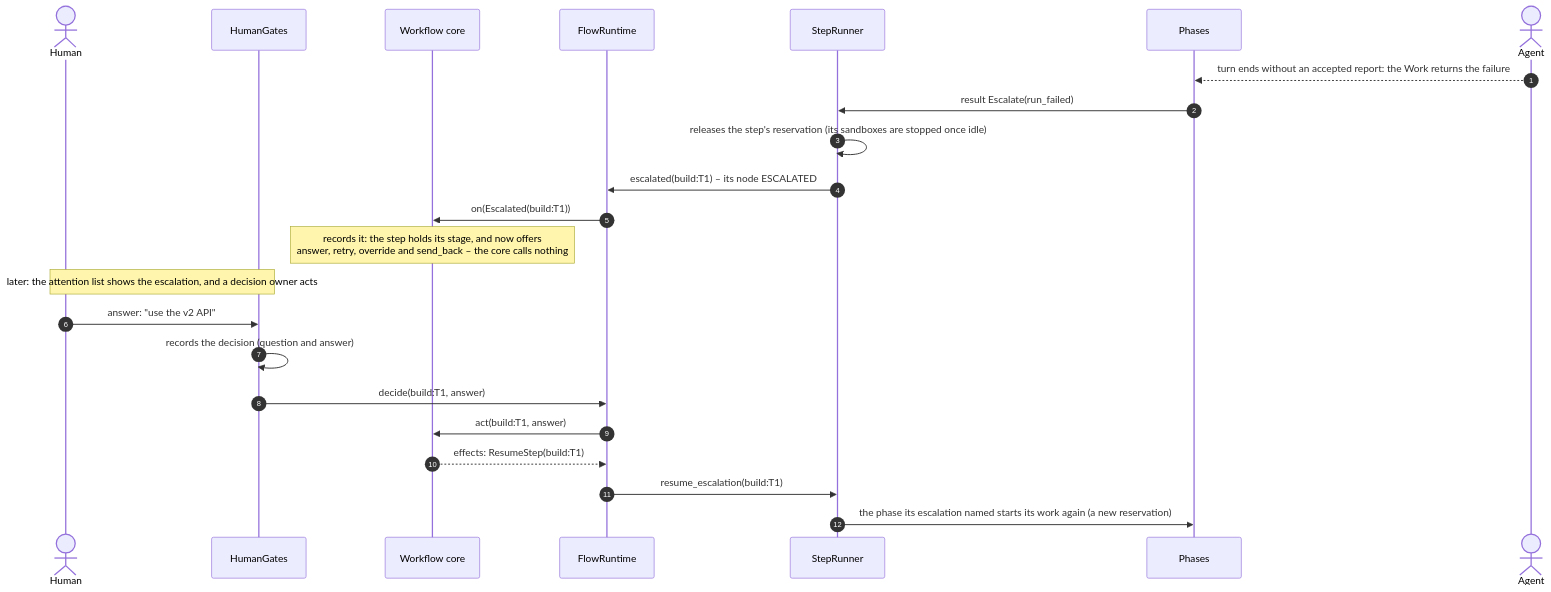
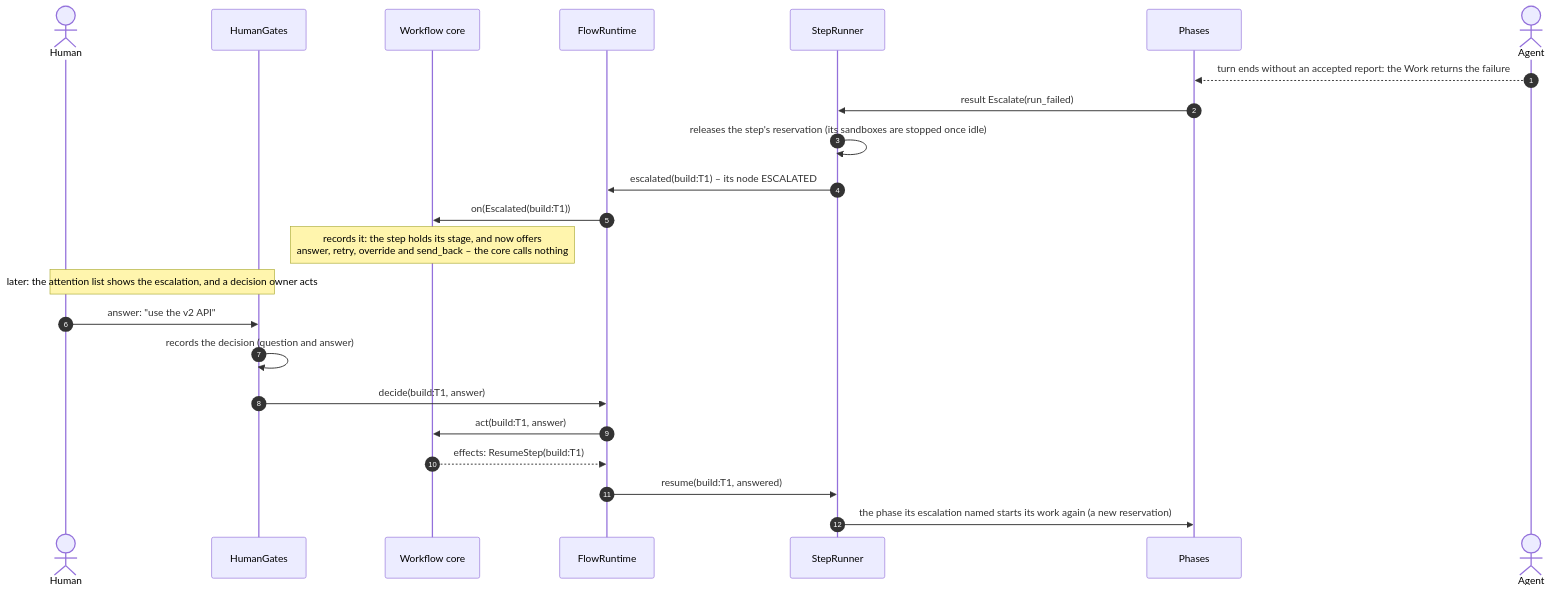
The third of 6 diagrams in docs/architecture.md (mr-miles/orchestrator), drawn with Mermaid before and after one commit. The commit also changed other lines of this file and 8 other files, not shown here.

````diff
--- a/docs/architecture.md
+++ b/docs/architecture.md
@@ -186,26 +186,26 @@
 ```mermaid
 sequenceDiagram
     autonumber
     actor Human
     participant HG as HumanGates
     participant Core as Workflow core
     participant RT as FlowRuntime
     participant SR as StepRunner
     participant Ph as Phases
     actor Agent
 
     Agent-->>Ph: turn ends without an accepted report: the Work returns the failure
     Ph->>SR: result Escalate(run_failed)
     SR->>SR: releases the step's reservation (its sandboxes are stopped once idle)
     SR->>RT: escalated(build:T1) – its node ESCALATED
     RT->>Core: on(Escalated(build:T1))
     Note over Core: records it: the step holds its stage, and now offers<br/>answer, retry, override and send_back – the core calls nothing
     Note over Human,HG: later: the attention list shows the escalation, and a decision owner acts
     Human->>HG: answer: "use the v2 API"
     HG->>HG: records the decision (question and answer)
     HG->>RT: decide(build:T1, answer)
     RT->>Core: act(build:T1, answer)
     Core-->>RT: effects: ResumeStep(build:T1)
-    RT->>SR: resume_escalation(build:T1)
+    RT->>SR: resume(build:T1, answered)
     SR->>Ph: the phase its escalation named starts its work again (a new reservation)
 ```
````
